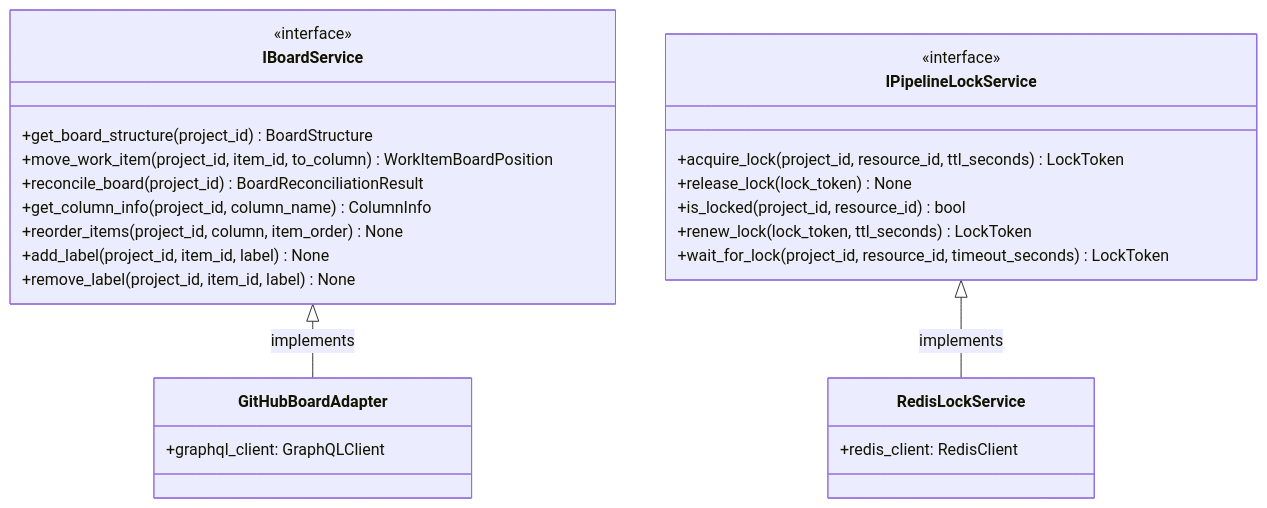
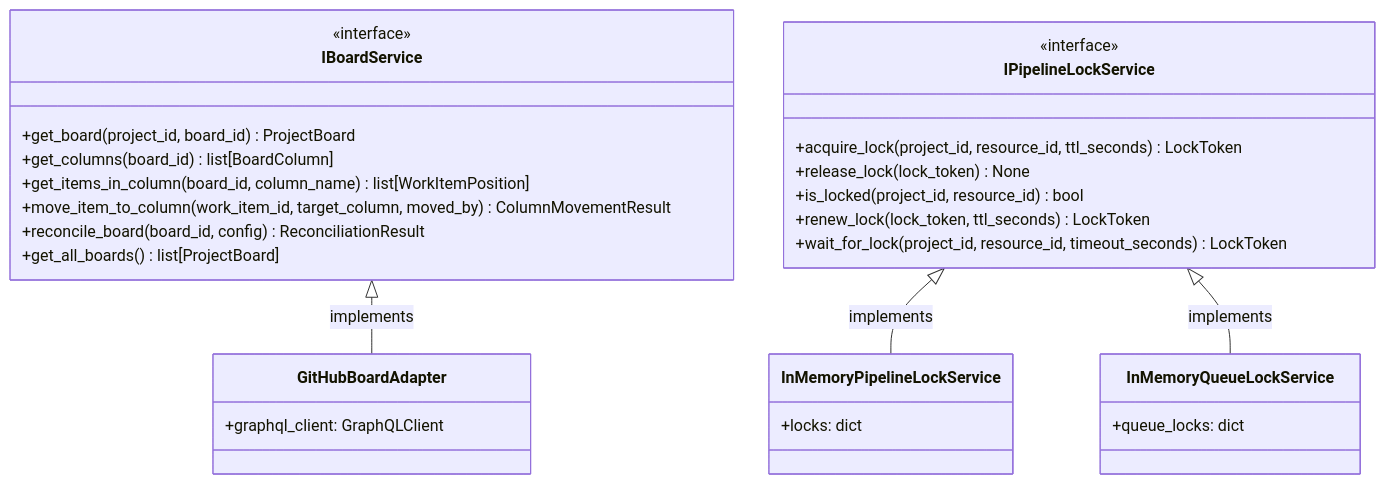
One commit to tinkermonkey/codetoreum changed the diagram in documentation/architecture/ports/output/board-management.md. Above: the diagram before and after it, drawn with Mermaid. The commit also changed other lines of this file and 5 other files, not shown here.

First line of the commit message:
Fix Phase 4 Architecture Documentation: Correct Interface Signatures and Adapters

````diff
--- a/documentation/architecture/ports/output/board-management.md
+++ b/documentation/architecture/ports/output/board-management.md
@@ -149,33 +151,37 @@
 ```mermaid
 classDiagram
     class IBoardService {
         <<interface>>
-        +get_board_structure(project_id) BoardStructure
-        +move_work_item(project_id, item_id, to_column) WorkItemBoardPosition
-        +reconcile_board(project_id) BoardReconciliationResult
-        +get_column_info(project_id, column_name) ColumnInfo
-        +reorder_items(project_id, column, item_order) None
-        +add_label(project_id, item_id, label) None
-        +remove_label(project_id, item_id, label) None
+        +get_board(project_id, board_id) ProjectBoard
+        +get_columns(board_id) list[BoardColumn]
+        +get_items_in_column(board_id, column_name) list[WorkItemPosition]
+        +move_item_to_column(work_item_id, target_column, moved_by) ColumnMovementResult
+        +reconcile_board(board_id, config) ReconciliationResult
+        +get_all_boards() list[ProjectBoard]
     }
     
     class IPipelineLockService {
         <<interface>>
         +acquire_lock(project_id, resource_id, ttl_seconds) LockToken
         +release_lock(lock_token) None
         +is_locked(project_id, resource_id) bool
         +renew_lock(lock_token, ttl_seconds) LockToken
         +wait_for_lock(project_id, resource_id, timeout_seconds) LockToken
     }
     
     class GitHubBoardAdapter {
         +graphql_client: GraphQLClient
     }
     
-    class RedisLockService {
-        +redis_client: RedisClient
+    class InMemoryPipelineLockService {
+        +locks: dict
+    }
+    
+    class InMemoryQueueLockService {
+        +queue_locks: dict
     }
     
     IBoardService <|-- GitHubBoardAdapter: implements
-    IPipelineLockService <|-- RedisLockService: implements
+    IPipelineLockService <|-- InMemoryPipelineLockService: implements
+    IPipelineLockService <|-- InMemoryQueueLockService: implements
 ```
````
